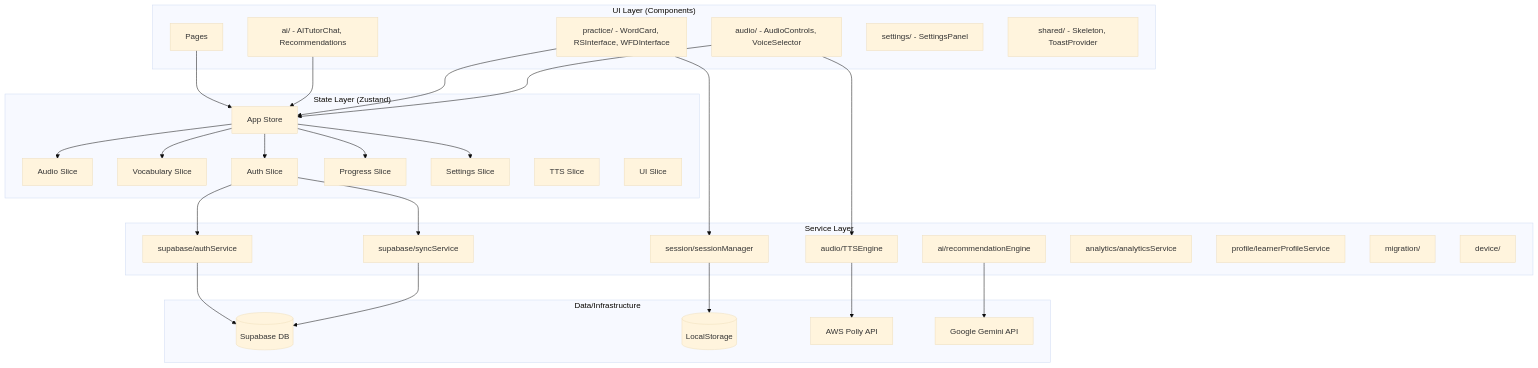
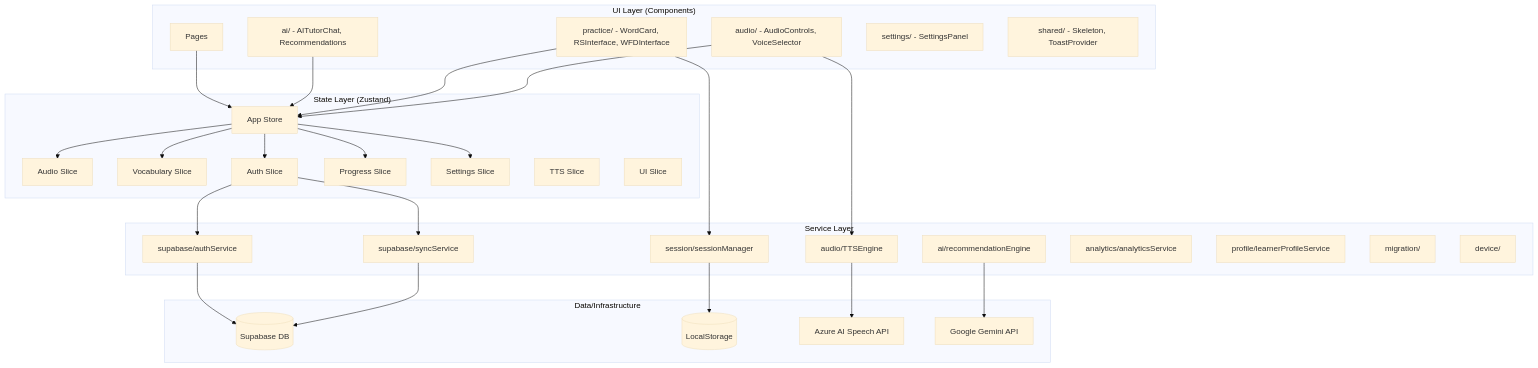
Before and after one commit to david3xu/ccl-pronunciation-trainer: the diagram in docs/MODULES.md, drawn with Mermaid (base theme). The commit also changed other lines of this file and 65 other files, not shown here.

Commit message:
fix: migrate premium tts to azure speech

````diff
--- a/docs/MODULES.md
+++ b/docs/MODULES.md
@@ -9,67 +9,67 @@
 ```mermaid
 graph TD
     subgraph "UI Layer (Components)"
         Page[Pages]
         AI[ai/ - AITutorChat, Recommendations]
         Audio[audio/ - AudioControls, VoiceSelector]
         Practice[practice/ - WordCard, RSInterface, WFDInterface]
         Settings[settings/ - SettingsPanel]
         Shared[shared/ - Skeleton, ToastProvider]
     end
 
     subgraph "State Layer (Zustand)"
         Store[App Store]
         Slice1[Audio Slice]
         Slice2[Vocabulary Slice]
         Slice3[Auth Slice]
         Slice4[Progress Slice]
         Slice5[Settings Slice]
         Slice6[TTS Slice]
         Slice7[UI Slice]
     end
 
     subgraph "Service Layer"
         AuthSvc[supabase/authService]
         SyncSvc[supabase/syncService]
         SessionSvc[session/sessionManager]
         TTSSvc[audio/TTSEngine]
         AISvc[ai/recommendationEngine]
         AnalyticsSvc[analytics/analyticsService]
         ProfileSvc[profile/learnerProfileService]
         MigrationSvc[migration/]
         DeviceSvc[device/]
     end
 
     subgraph "Data/Infrastructure"
         Supabase[(Supabase DB)]
         LocalStorage[(LocalStorage)]
-        PollyAPI[AWS Polly API]
+        AzureSpeechAPI[Azure AI Speech API]
         GeminiAPI[Google Gemini API]
     end
 
     %% Component to Store interactions
     Page --> Store
     AI --> Store
     Practice --> Store
     Audio --> Store
 
     %% Store updates slices
     Store --> Slice1
     Store --> Slice2
     Store --> Slice3
     Store --> Slice4
     Store --> Slice5
 
     %% Service calls
     Slice3 --> AuthSvc
     Slice3 --> SyncSvc
     Practice --> SessionSvc
     Audio --> TTSSvc
 
     %% External API calls
     AuthSvc --> Supabase
     SyncSvc --> Supabase
     SessionSvc --> LocalStorage
-    TTSSvc --> PollyAPI
+    TTSSvc --> AzureSpeechAPI
     AISvc --> GeminiAPI
 ```
````
